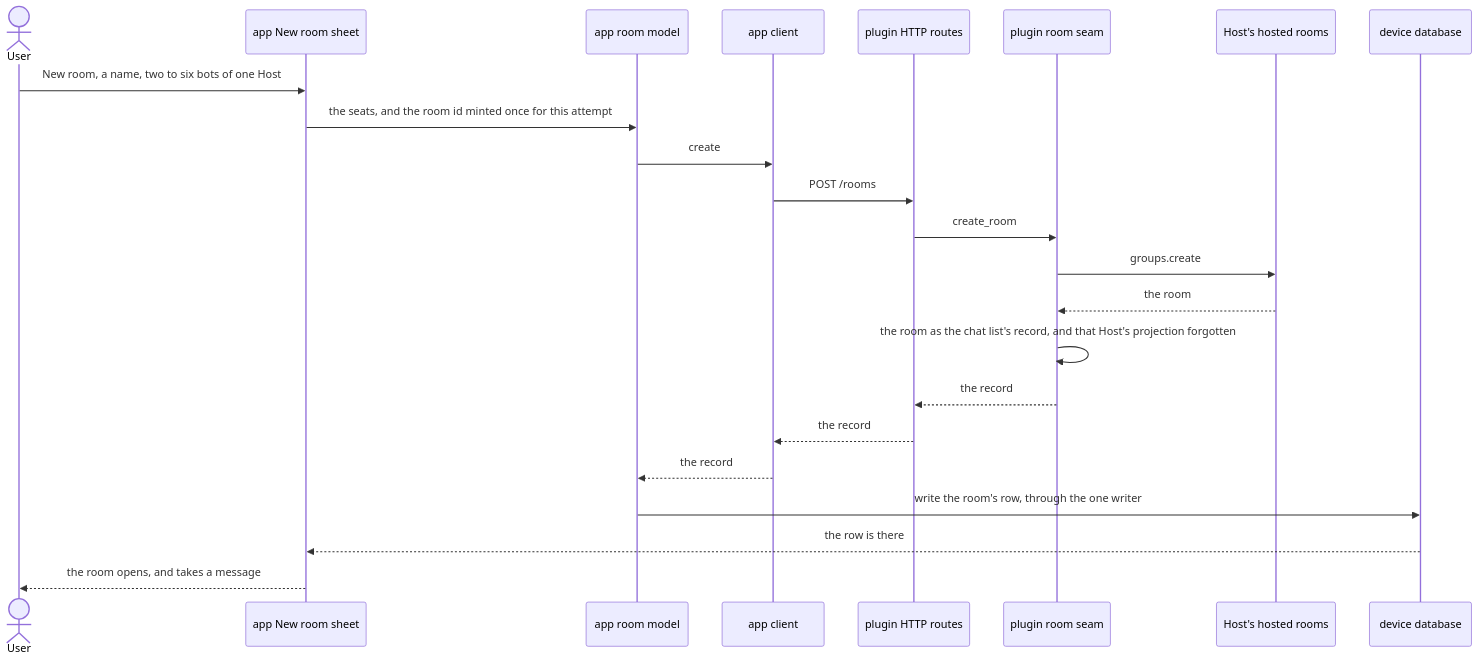
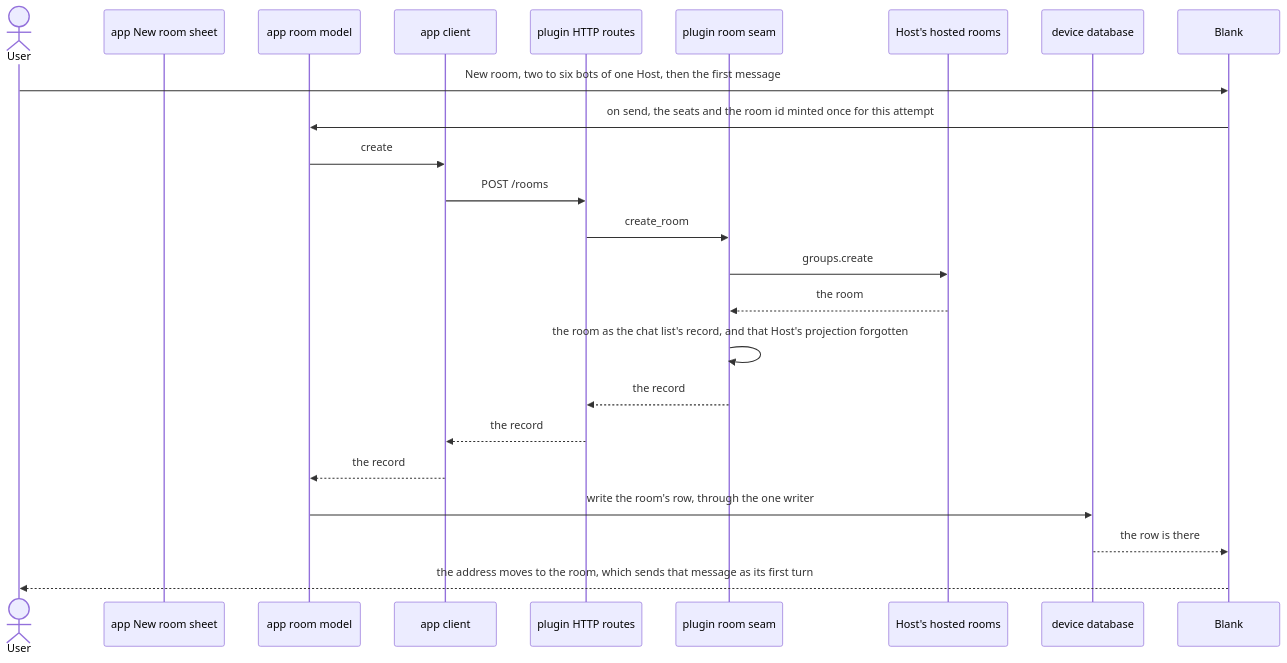
Before and after one commit to thehaseebahmed/hermesgots: the first of 4 diagrams in docs/plans/2026-11-09-rooms-management.md, drawn with Mermaid. The commit also changed other lines of this file and 12 other files, not shown here.

First line of the commit message:
feat(rooms): a room is started on a blank screen, and made by its first message

````diff
--- a/docs/plans/2026-11-09-rooms-management.md
+++ b/docs/plans/2026-11-09-rooms-management.md
@@ -52,25 +52,25 @@
 ```mermaid
 sequenceDiagram
   actor User
   participant Sheet as app New room sheet
   participant Model as app room model
   participant Client as app client
   participant Route as plugin HTTP routes
   participant Seam as plugin room seam
   participant Host as Host's hosted rooms
   participant DB as device database
-  User->>Sheet: New room, a name, two to six bots of one Host
-  Sheet->>Model: the seats, and the room id minted once for this attempt
+  User->>Blank: New room, two to six bots of one Host, then the first message
+  Blank->>Model: on send, the seats and the room id minted once for this attempt
   Model->>Client: create
   Client->>Route: POST /rooms
   Route->>Seam: create_room
   Seam->>Host: groups.create
   Host-->>Seam: the room
   Seam->>Seam: the room as the chat list's record, and that Host's projection forgotten
   Seam-->>Route: the record
   Route-->>Client: the record
   Client-->>Model: the record
   Model->>DB: write the room's row, through the one writer
-  DB-->>Sheet: the row is there
-  Sheet-->>User: the room opens, and takes a message
+  DB-->>Blank: the row is there
+  Blank-->>User: the address moves to the room, which sends that message as its first turn
 ```
````
